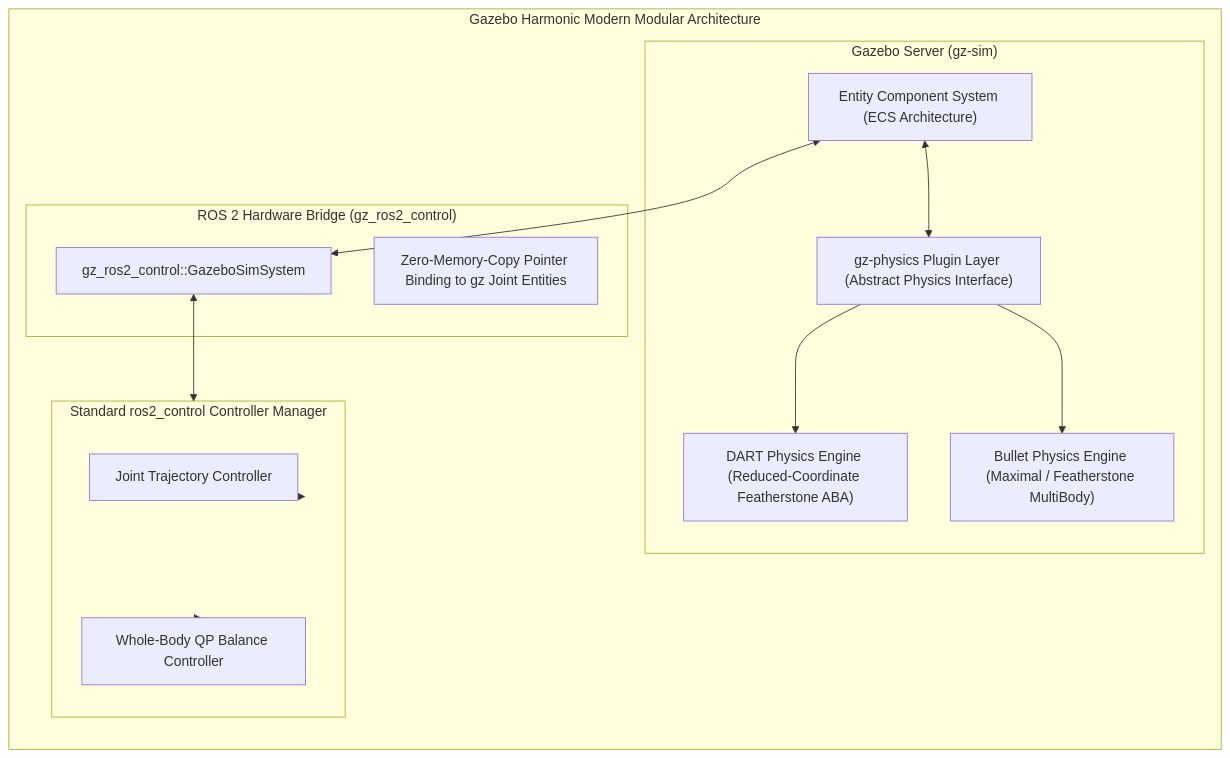
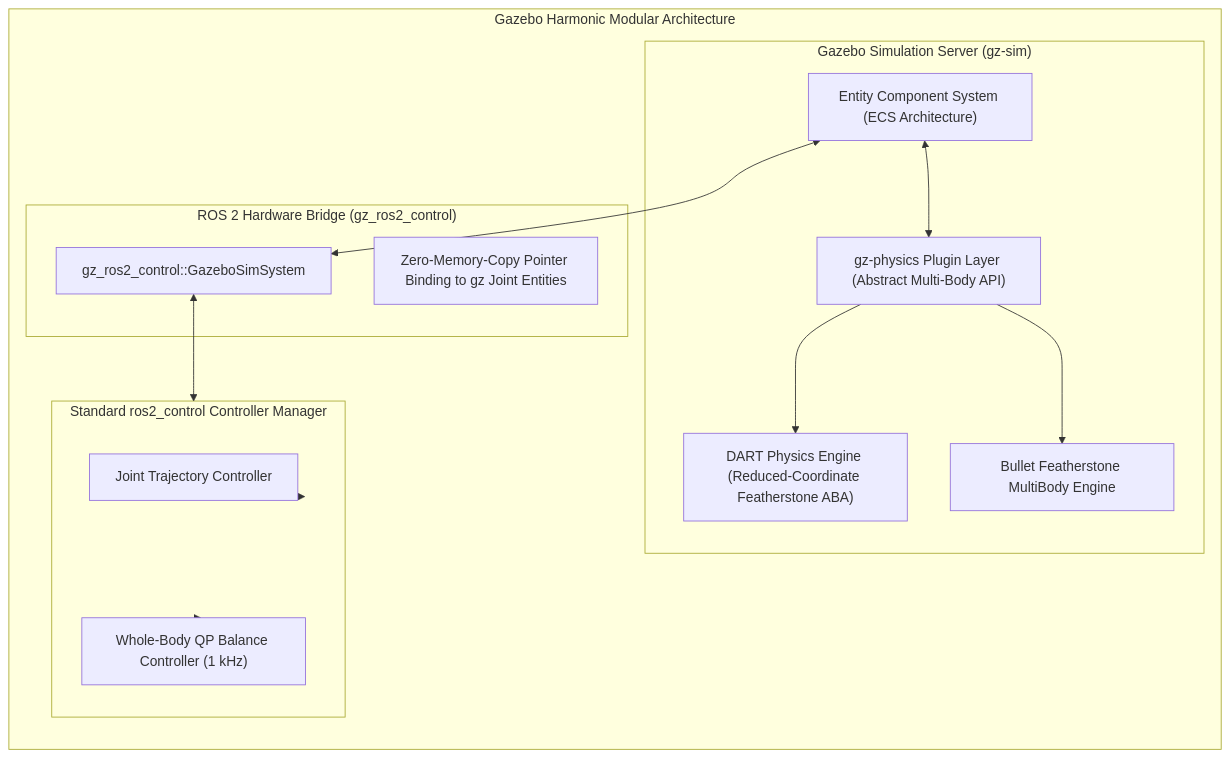
The first of 3 diagrams in ai-book-docs/module2-digital-twin/2-2-gazebo-simulation-engine.mdx (MudassirT/Physical-AI-Humanoid-Robotics), drawn with Mermaid before and after one commit. The commit also changed other lines of this file and 2 other files, not shown here.

Commit message:
docs(module2): expand foundational digital twins, Gazebo physics, and sensor simulation

````diff
--- a/ai-book-docs/module2-digital-twin/2-2-gazebo-simulation-engine.mdx
+++ b/ai-book-docs/module2-digital-twin/2-2-gazebo-simulation-engine.mdx
@@ -12,31 +16,31 @@
 ```mermaid
 flowchart TD
-    subgraph GazeboHarmonicArch["Gazebo Harmonic Modern Modular Architecture"]
+    subgraph GazeboHarmonicArch["Gazebo Harmonic Modular Architecture"]
         direction TB
 
-        subgraph GazeboServer["Gazebo Server (gz-sim)"]
+        subgraph GazeboServer["Gazebo Simulation Server (gz-sim)"]
             EntityCompSystem["Entity Component System (ECS Architecture)"]
-            PhysicsPlugin["gz-physics Plugin Layer (Abstract Physics Interface)"]
+            PhysicsPlugin["gz-physics Plugin Layer (Abstract Multi-Body API)"]
             DART_Backend["DART Physics Engine (Reduced-Coordinate Featherstone ABA)"]
-            Bullet_Backend["Bullet Physics Engine (Maximal / Featherstone MultiBody)"]
+            Bullet_Backend["Bullet Featherstone MultiBody Engine"]
         end
 
         subgraph ROSBridgeLayer["ROS 2 Hardware Bridge (gz_ros2_control)"]
             SystemPlugin["gz_ros2_control::GazeboSimSystem"]
             JointEffortPointers["Zero-Memory-Copy Pointer Binding to gz Joint Entities"]
         end
 
         subgraph ControllerManager["Standard ros2_control Controller Manager"]
             TrajectoryController["Joint Trajectory Controller"]
-            WBC_Controller["Whole-Body QP Balance Controller"]
+            WBC_Controller["Whole-Body QP Balance Controller (1 kHz)"]
         end
 
         EntityCompSystem <--> PhysicsPlugin
         PhysicsPlugin --> DART_Backend
         PhysicsPlugin --> Bullet_Backend
         EntityCompSystem <--> SystemPlugin
         SystemPlugin <--> ControllerManager
         ControllerManager --> TrajectoryController
         ControllerManager --> WBC_Controller
     end
 ```
````
